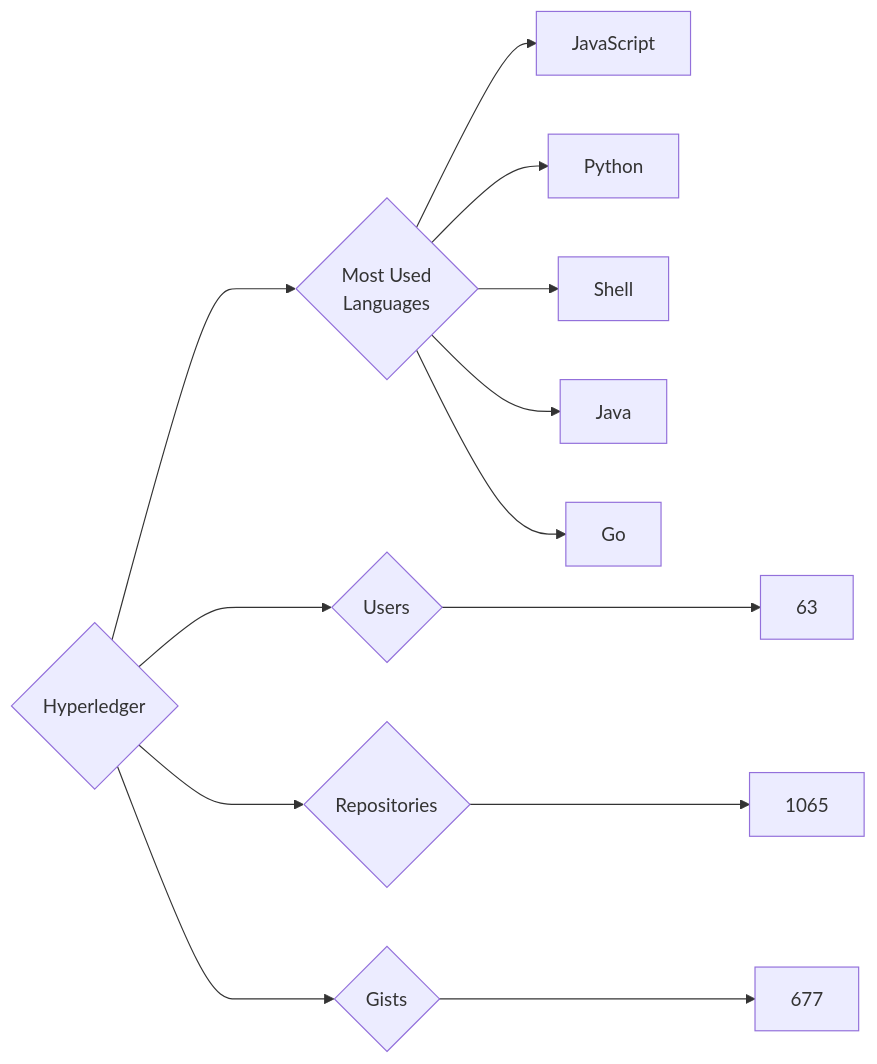
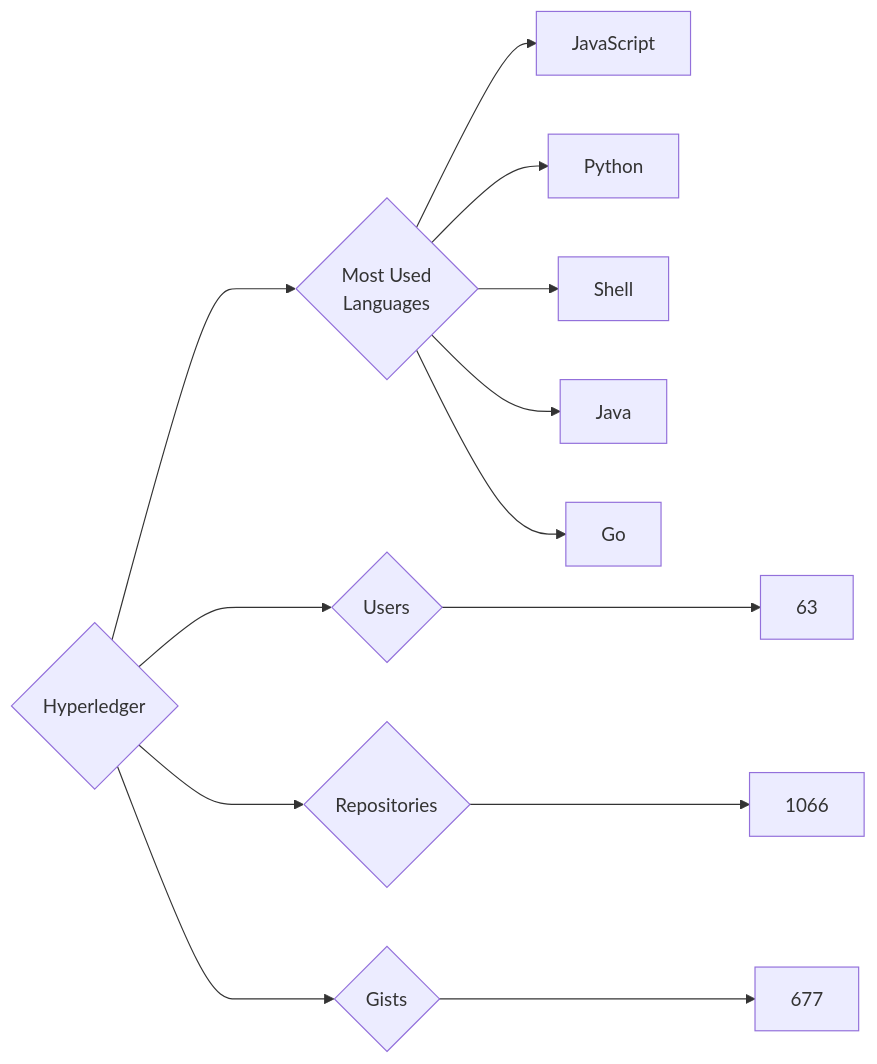
The diagram in targets/Hyperledger/README.md (trickest/insiders), drawn with Mermaid before and after one commit. The commit also changed 723 other files, not shown here.

````diff
--- a/targets/Hyperledger/README.md
+++ b/targets/Hyperledger/README.md
@@ -3,13 +3,13 @@
 ```mermaid
 graph LR
 COMPANY_NAME{Hyperledger}
 COMPANY_NAME ---> U{Users} ---> UN[63]
-COMPANY_NAME ---> R{Repositories} ---> RN[1065]
+COMPANY_NAME ---> R{Repositories} ---> RN[1066]
 COMPANY_NAME ---> G{Gists} ---> GN[677]
 COMPANY_NAME ---> ML{Most Used<br>Languages}
 ML --> JavaScript[JavaScript]
 ML --> Python[Python]
 ML --> Shell[Shell]
 ML --> Java[Java]
 ML --> Go[Go]
 ```
````
